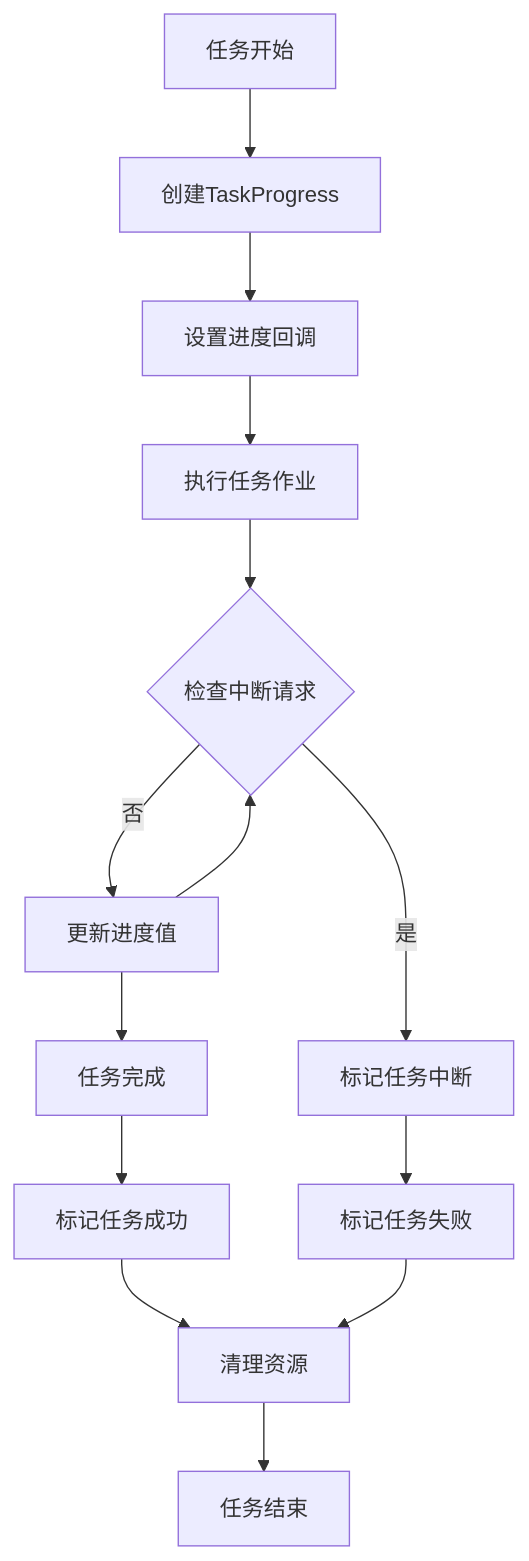
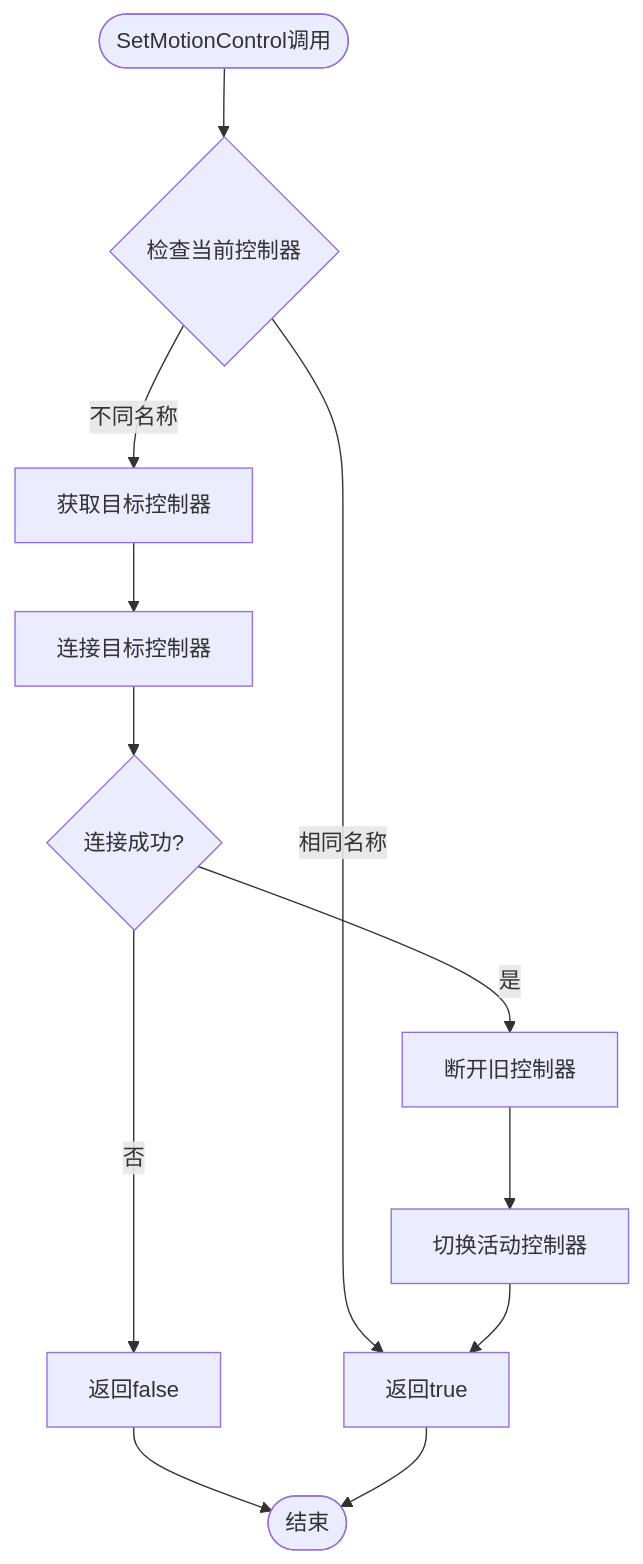
Before and after one commit to super1wang/LaserCNCv1.0: diagram 13 of 26 in .qoder/repowiki/zh/content/项目概述/模块设计/Process模块设计/Process模块服务管理架构改进.md, drawn with Mermaid. The commit also changed other lines of this file and 25 other files, not shown here.

````diff
--- a/.qoder/repowiki/zh/content/项目概述/模块设计/Process模块设计/Process模块服务管理架构改进.md
+++ b/.qoder/repowiki/zh/content/项目概述/模块设计/Process模块设计/Process模块服务管理架构改进.md
@@ -731,16 +811,14 @@
 ```mermaid
 flowchart TD
-TaskStart[任务开始] --> CreateProgress["创建TaskProgress"]
-CreateProgress --> SetCallback["设置进度回调"]
-SetCallback --> ExecuteJob["执行任务作业"]
-ExecuteJob --> CheckAbort{"检查中断请求"}
-CheckAbort --> |否| UpdateProgress["更新进度值"]
-CheckAbort --> |是| AbortTask["标记任务中断"]
-UpdateProgress --> CheckAbort
-AbortTask --> MarkFailed["标记任务失败"]
-UpdateProgress --> JobComplete["任务完成"]
-JobComplete --> MarkSuccess["标记任务成功"]
-MarkSuccess --> Cleanup["清理资源"]
-MarkFailed --> Cleanup
-Cleanup --> TaskEnd[任务结束]
+Start([SetMotionControl调用]) --> CheckActive{"检查当前控制器"}
+CheckActive --> |相同名称| ReturnTrue["返回true"]
+CheckActive --> |不同名称| GetController["获取目标控制器"]
+GetController --> ConnectController["连接目标控制器"]
+ConnectController --> ConnectSuccess{"连接成功?"}
+ConnectSuccess --> |否| ReturnFalse["返回false"]
+ConnectSuccess --> |是| DisconnectOld["断开旧控制器"]
+DisconnectOld --> SwitchActive["切换活动控制器"]
+SwitchActive --> ReturnTrue
+ReturnFalse --> End([结束])
+ReturnTrue --> End
 ```
````
